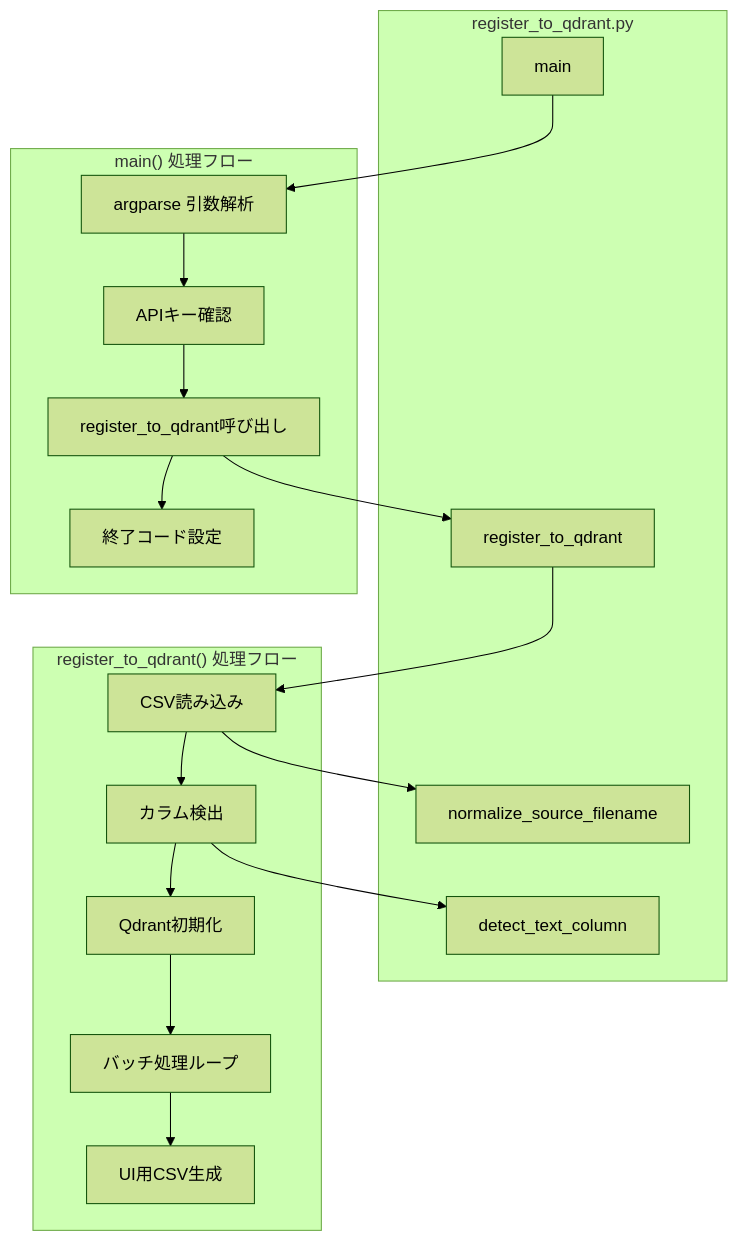
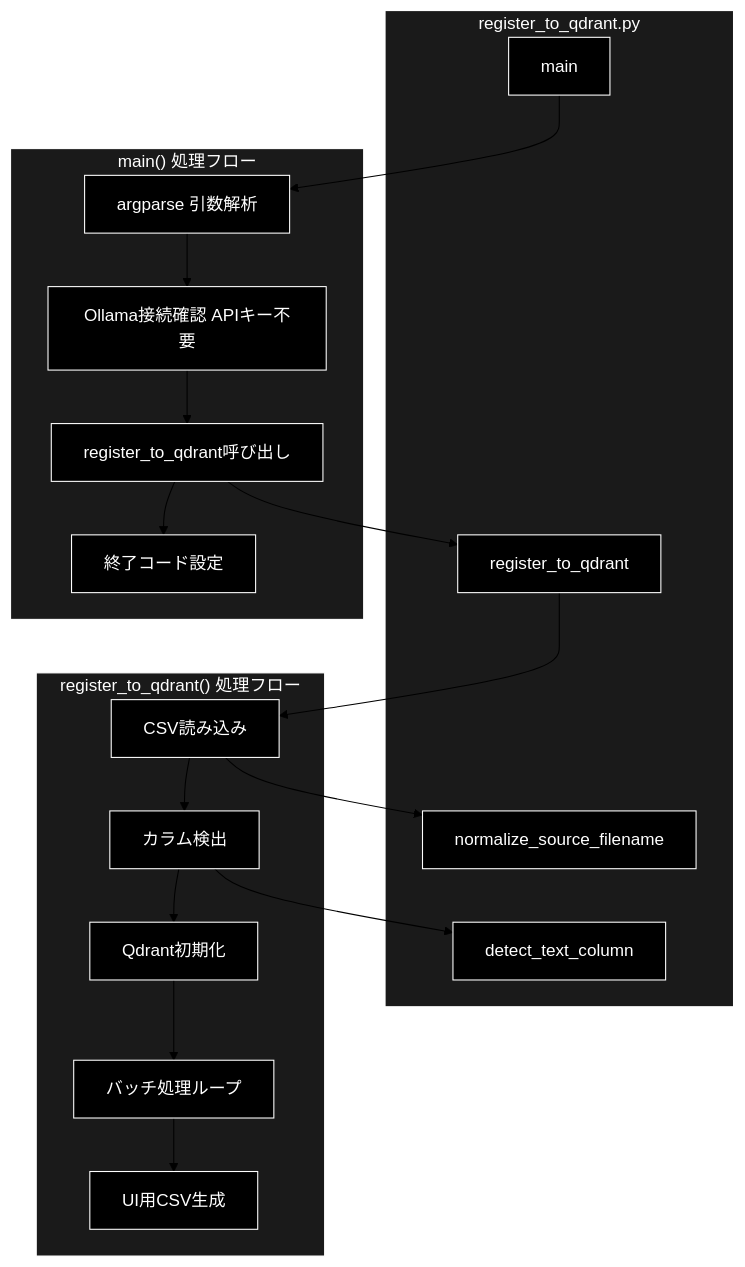
One commit to nakashima2toshio/ollama_grace_agent_v2 changed the second of 4 diagrams in qa_qdrant/doc/register_to_qdrant.md. Above: the diagram before and after it, drawn with Mermaid (forest theme). The commit also changed other lines of this file and 12 other files, not shown here.

````diff
--- a/qa_qdrant/doc/register_to_qdrant.md
+++ b/qa_qdrant/doc/register_to_qdrant.md
@@ -108,38 +114,44 @@
 ```mermaid
 flowchart TB
     subgraph REGISTER["register_to_qdrant.py"]
         MAIN[main]
         REG_FUNC[register_to_qdrant]
         NORMALIZE[normalize_source_filename]
         DETECT[detect_text_column]
     end
 
     subgraph MAIN_FLOW["main() 処理フロー"]
         ARGPARSE[argparse 引数解析]
-        CHECK_KEY[APIキー確認]
+        CHECK_KEY[Ollama接続確認 APIキー不要]
         CALL_REG[register_to_qdrant呼び出し]
         EXIT_CODE[終了コード設定]
     end
 
     subgraph REG_FLOW["register_to_qdrant() 処理フロー"]
         READ_CSV[CSV読み込み]
         DETECT_COL[カラム検出]
         INIT_QDRANT[Qdrant初期化]
         BATCH_LOOP[バッチ処理ループ]
         GEN_UI_CSV[UI用CSV生成]
     end
 
     MAIN --> ARGPARSE
     ARGPARSE --> CHECK_KEY
     CHECK_KEY --> CALL_REG
     CALL_REG --> REG_FUNC
     CALL_REG --> EXIT_CODE
 
     REG_FUNC --> READ_CSV
     READ_CSV --> DETECT_COL
     DETECT_COL --> DETECT
     READ_CSV --> NORMALIZE
     DETECT_COL --> INIT_QDRANT
     INIT_QDRANT --> BATCH_LOOP
     BATCH_LOOP --> GEN_UI_CSV
+classDef default fill:#000,stroke:#fff,color:#fff
+classDef subgraphStyle fill:#1a1a1a,stroke:#fff,color:#fff
+class MAIN,REG_FUNC,NORMALIZE,DETECT,ARGPARSE,CHECK_KEY,CALL_REG,EXIT_CODE,READ_CSV,DETECT_COL,INIT_QDRANT,BATCH_LOOP,GEN_UI_CSV default
+style REGISTER fill:#1a1a1a,stroke:#fff,color:#fff
+style MAIN_FLOW fill:#1a1a1a,stroke:#fff,color:#fff
+style REG_FLOW fill:#1a1a1a,stroke:#fff,color:#fff
 ```
````
